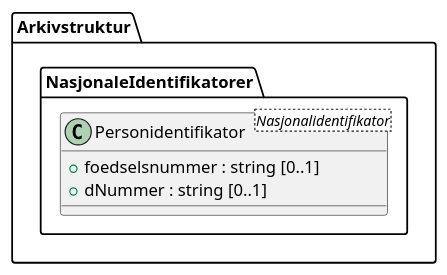
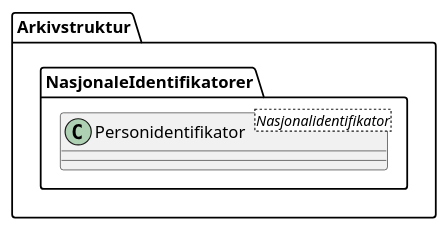
Before and after one commit to arkivverket/noark5-tjenestegrensesnitt-standard: the diagram in kapitler/media/uml-class-personidentifikator.iuml, drawn with PlantUML. The commit also changed 14 other files, not shown here.

```diff
--- a/kapitler/media/uml-class-personidentifikator.iuml
+++ b/kapitler/media/uml-class-personidentifikator.iuml
@@ -1,6 +1,4 @@
 @startuml
 class Arkivstruktur.NasjonaleIdentifikatorer.Personidentifikator <Nasjonalidentifikator> {
-  +foedselsnummer : string [0..1]
-  +dNummer : string [0..1]
 }
 @enduml
```
